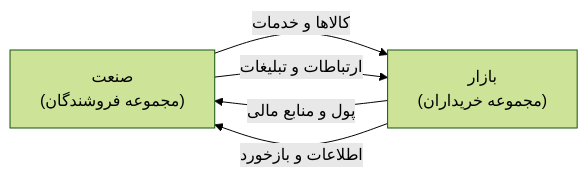
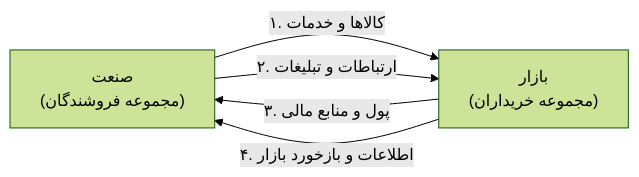
Before and after one commit to alirezamozii/obsidian: the second of 6 diagrams in بازاریابی/01-کلیات بازاریابی نوین/01-فصل اول - کلیات بازاریابی نوین و مفاهیم بنیادین بازار.md, drawn with Mermaid (forest theme). The commit also changed other lines of this file and 14 other files, not shown here.

````diff
--- a/بازاریابی/01-کلیات بازاریابی نوین/01-فصل اول - کلیات بازاریابی نوین و مفاهیم بنیادین بازار.md
+++ b/بازاریابی/01-کلیات بازاریابی نوین/01-فصل اول - کلیات بازاریابی نوین و مفاهیم بنیادین بازار.md
@@ -207,7 +259,7 @@
 ```mermaid
 flowchart LR
-    Industry["صنعت<br>(مجموعه فروشندگان)"] -- "کالاها و خدمات" --> Market["بازار<br>(مجموعه خریداران)"]
-    Industry -- "ارتباطات و تبلیغات" --> Market
-    Market -- "پول و منابع مالی" --> Industry
-    Market -- "اطلاعات و بازخورد" --> Industry
+    Industry["صنعت<br>(مجموعه فروشندگان)"] -- "۱. کالاها و خدمات" --> Market["بازار<br>(مجموعه خریداران)"]
+    Industry -- "۲. ارتباطات و تبلیغات" --> Market
+    Market -- "۳. پول و منابع مالی" --> Industry
+    Market -- "۴. اطلاعات و بازخورد بازار" --> Industry
 ```
````
